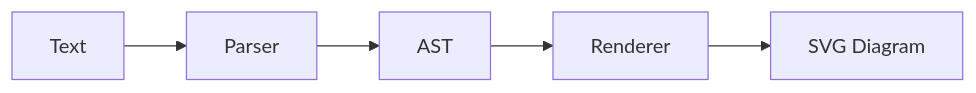
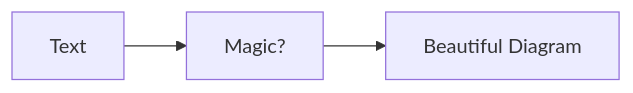
Before and after one commit to Shaddix/mostlylucidweb: the first of 4 diagrams in Mostlylucid/Markdown/mermaid-js-deep-dive.md, drawn with Mermaid. The commit also changed other lines of this file, not shown here.

First line of the commit message:
Rewrite Mermaid.js deep dive in blog's style with proper references

````diff
--- a/Mostlylucid/Markdown/mermaid-js-deep-dive.md
+++ b/Mostlylucid/Markdown/mermaid-js-deep-dive.md
@@ -12,7 +14,5 @@
 ```mermaid
 graph LR
-    A[Text] --> B[Parser]
-    B --> C[AST]
-    C --> D[Renderer]
-    D --> E[SVG Diagram]
+    A[Text] --> B[Magic?]
+    B --> C[Beautiful Diagram]
 ```
````
